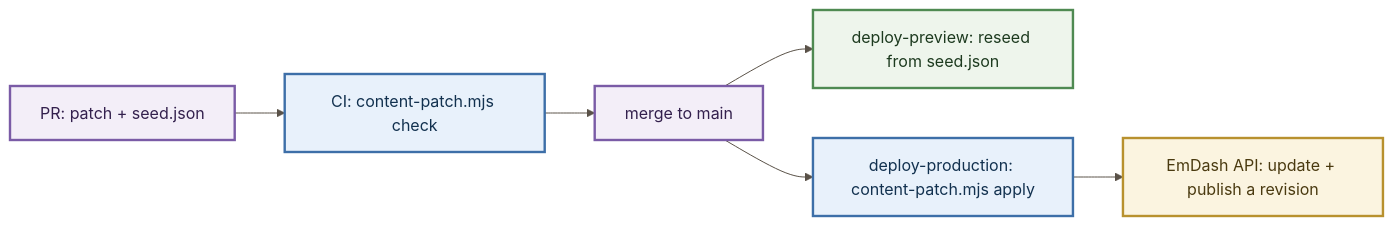
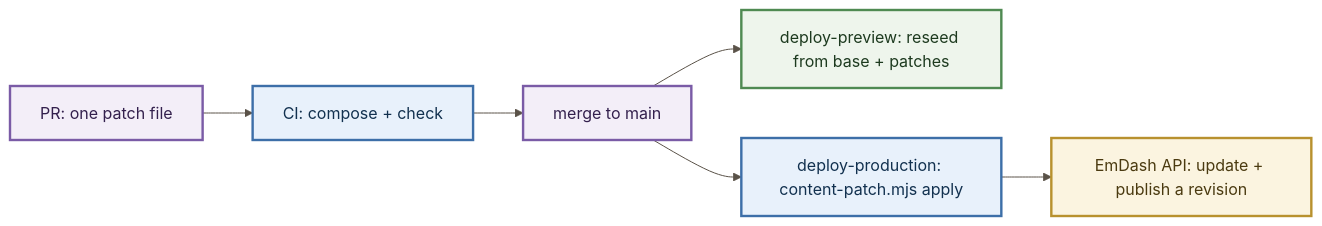
Before and after one commit to julioarguello/www-serverstartup-io: the diagram in seed/patches/README.md, drawn with Mermaid. The commit also changed other lines of this file and 21 other files, not shown here.

First line of the commit message:
refactor(seed): the base is frozen, and a new environment is the base plus every patch (#697) (#698)

````diff
--- a/seed/patches/README.md
+++ b/seed/patches/README.md
@@ -136,13 +169,13 @@
 ```mermaid
 %%{init: {"theme":"base","themeVariables":{"lineColor":"#5a5248","edgeLabelBackground":"#f4f2ee"}}}%%
 flowchart LR
-	PR["PR: patch + seed.json"]:::ours --> CI["CI: content-patch.mjs check"]:::runtime
+	PR["PR: one patch file"]:::ours --> CI["CI: compose + check"]:::runtime
 	CI --> Main["merge to main"]:::ours
-	Main --> Preview["deploy-preview: reseed from seed.json"]:::outcome
+	Main --> Preview["deploy-preview: reseed from base + patches"]:::outcome
 	Main --> Prod["deploy-production: content-patch.mjs apply"]:::runtime
 	Prod --> API["EmDash API: update + publish a revision"]:::store
 	classDef ours     fill:#f3eef8,stroke:#7a5ba6,stroke-width:2.4px,color:#33204d
 	classDef runtime  fill:#e8f1fb,stroke:#3d6fa8,stroke-width:2.4px,color:#12314f
 	classDef outcome  fill:#eef5ec,stroke:#4f8a52,stroke-width:2.4px,color:#1d3a1f
 	classDef store    fill:#fbf4e0,stroke:#b8912e,stroke-width:2.4px,color:#4a3a10
 ```
````
